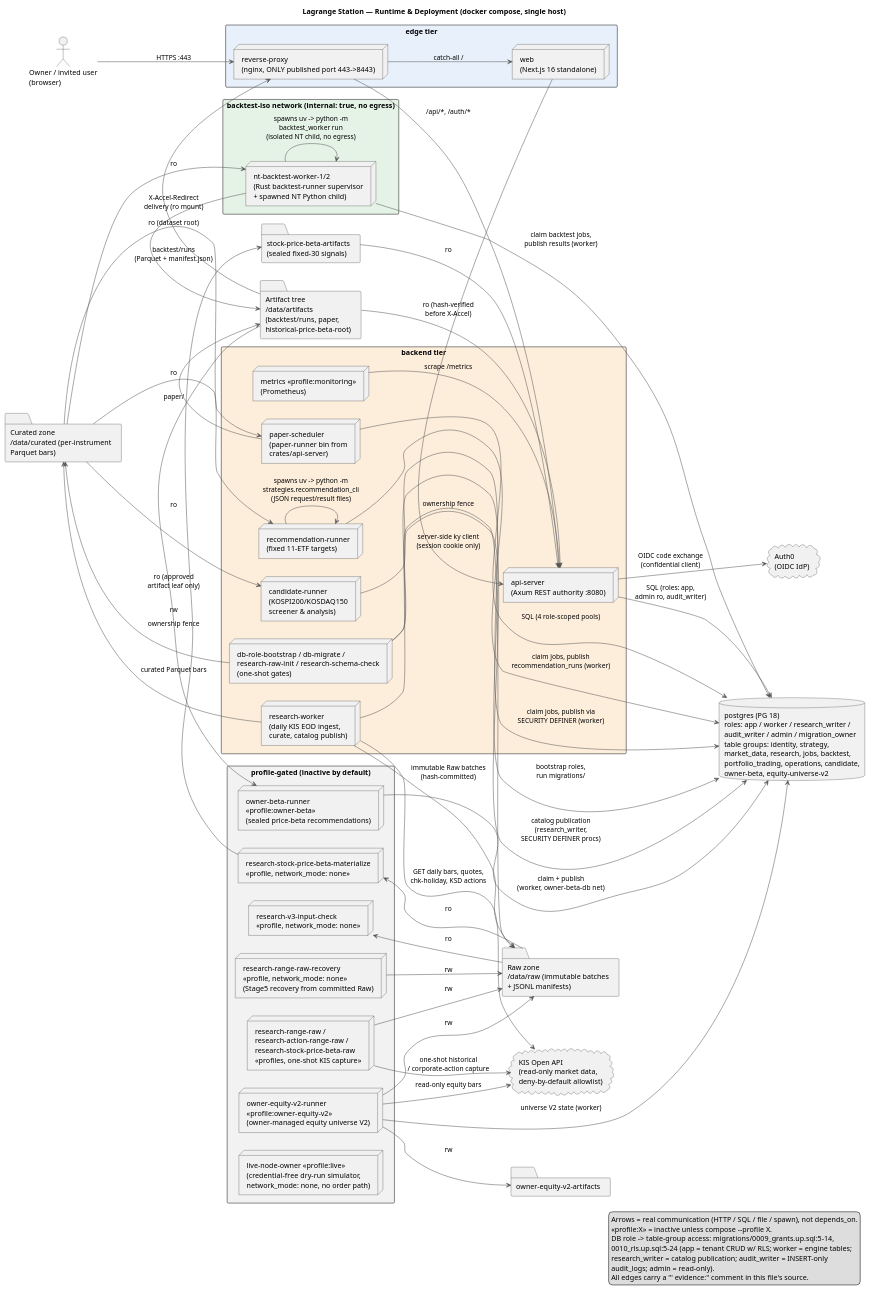
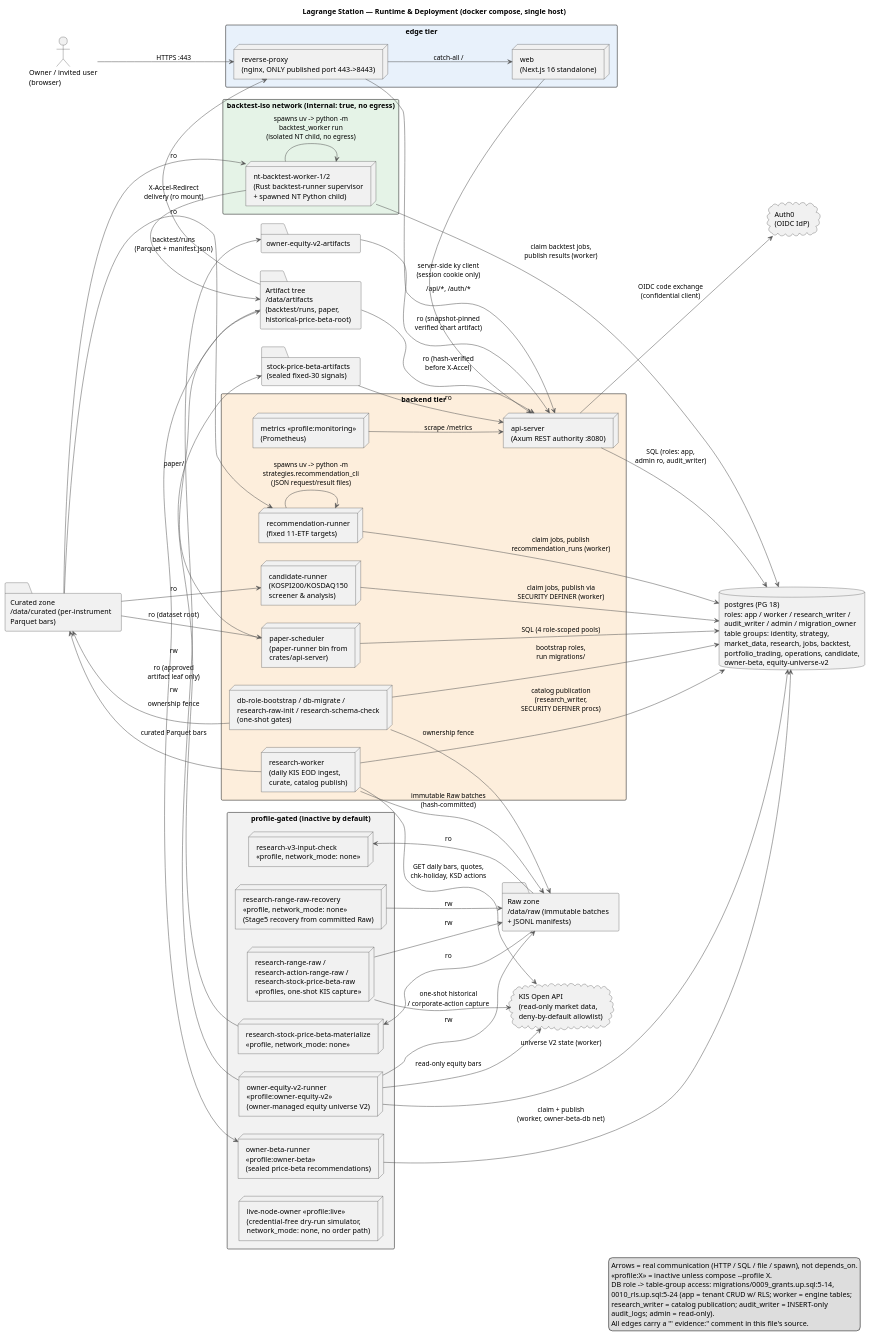
Before and after one commit to sihioov/Lagrange: the diagram in docs/diagrams/runtime_deployment.puml, drawn with PlantUML. The commit also changed 3 other files, not shown here.

Commit message:
docs: update stock beta chart architecture diagrams

```diff
--- a/docs/diagrams/runtime_deployment.puml
+++ b/docs/diagrams/runtime_deployment.puml
@@ -1,7 +1,7 @@
 @startuml runtime_deployment
 ' =====================================================================
 ' Lagrange Station — runtime / deployment view (single-host Compose)
-' Generated 2026-09-01 from deploy/compose/compose.yml, deploy/nginx/nginx.conf,
+' Generated 2026-09-04 from deploy/compose/compose.yml, deploy/nginx/nginx.conf,
 ' migrations/, and code spawn/publication sites.
 ' Arrows mean actual communication (HTTP / SQL / file I/O / process spawn),
 ' NOT compose depends_on (which is startup ordering only).
@@ -27,7 +27,7 @@
 
 ' Packages below are presentation tiers, not exact network membership:
 ' web and api-server are attached to BOTH the edge and backend networks
-' (compose.yml:121-123 web, compose.yml:257-259 api-server), which is how
+' (compose.yml:121-123 web, compose.yml:261-263 api-server), which is how
 ' nginx reaches api-server and web reaches api-server internally.
 package "edge tier" #E8F1FB {
   node "reverse-proxy\n(nginx, ONLY published port 443->8443)" as nginx
@@ -87,99 +87,102 @@
 api --> pg : SQL (roles: app,\nadmin ro, audit_writer)
 ' evidence: compose.yml:184-189 (AUTH0_* + callback), docs/decisions/0002-auth0-oidc-and-sessions.md; apps/api-server/auth/src/lib.rs:160 (router)
 api --> auth0 : OIDC code exchange\n(confidential client)
-' evidence: compose.yml:255 (ro mount); crates/api-server/src/http/artifacts.rs:137-148 (hash verification + X-Accel-Redirect issuance)
+' evidence: compose.yml:258 (ro mount); crates/api-server/src/http/artifacts.rs:137-148 (hash verification + X-Accel-Redirect issuance)
 artifacts --> api : ro (hash-verified\nbefore X-Accel)
-' evidence: compose.yml:207-208,256 (OWNER_BETA_EQUITY_SIGNALS_MODE + ro mount)
+' evidence: compose.yml:207-208,259 (OWNER_BETA_EQUITY_SIGNALS_MODE + ro mount)
 spba --> api : ro
-' evidence: compose.yml:1396-1398 (Prometheus scrapes api-server /metrics over backend)
+' evidence: compose.yml:213-215,260 (fixed chart API root + ro mount); crates/api-server/src/http/owner_equity_v2.rs:612-614,676-700,719-735 (snapshot-pinned read and verification)
+oeva --> api : ro (snapshot-pinned\nverified chart artifact)
+' evidence: compose.yml:1403-1422 (metrics service, config mount, backend network); deploy/compose/prometheus.yml:10-14 (api-server scrape target)
 prom --> api : scrape /metrics
 
 ' ---------------- one-shot gates ----------------
 
-' evidence: compose.yml:280-348 (role bootstrap), 357-392 (sqlx migrate as migration_owner, MIGRATIONS_DIR=/opt/lagrange/migrations)
+' evidence: compose.yml:284-352 (role bootstrap), 361-396 (sqlx migrate as migration_owner, MIGRATIONS_DIR=/opt/lagrange/migrations)
 oneshots --> pg : bootstrap roles,\nrun migrations/
-' evidence: compose.yml:441-472 (research-raw-init chown/chmod raw+curated ownership fence)
+' evidence: compose.yml:445-476 (research-raw-init chown/chmod raw+curated ownership fence)
 oneshots --> raw : ownership fence
+' evidence: compose.yml:445-476 (research-raw-init chown/chmod raw+curated ownership fence)
 oneshots --> curated : ownership fence
 
 ' ---------------- research ingestion ----------------
 
-' evidence: compose.yml:573-574 (KIS_APP_KEY_FILE/SECRET_FILE secrets); crates/market-data/src/providers/kis.rs:59-63 (DAILY_BARS_PATH, CALENDAR_PATH request paths); AGENTS.md KIS read-only allowlist
+' evidence: compose.yml:577-578 (KIS_APP_KEY_FILE/SECRET_FILE secrets); crates/market-data/src/providers/kis.rs:59-63 (DAILY_BARS_PATH, CALENDAR_PATH request paths); AGENTS.md KIS read-only allowlist
 research --> kis : GET daily bars, quotes,\nchk-holiday, KSD actions
-' evidence: compose.yml:592 (raw rw mount); data-pipelines/collectors/src/worker.rs:960 (RawStore::new)
+' evidence: compose.yml:596 (raw rw mount); data-pipelines/collectors/src/worker.rs:960 (RawStore::new)
 research --> raw : immutable Raw batches\n(hash-committed)
-' evidence: compose.yml:593 (curated mount); data-pipelines/collectors/src/worker.rs:2635 (CurateStore::new)
+' evidence: compose.yml:597 (curated mount); data-pipelines/collectors/src/worker.rs:2635 (CurateStore::new)
 research --> curated : curated Parquet bars
-' evidence: compose.yml:568-572 (DB_USER research_writer); data-pipelines/collectors/src/sink.rs:489,539,702 (INSERT data_batches, trading_calendar_versions, trading_calendars); candidate_sink.rs:389 (SECURITY DEFINER begin_candidate_raw_batch)
+' evidence: compose.yml:572-576 (DB_USER research_writer); data-pipelines/collectors/src/sink.rs:489,539,702 (INSERT data_batches, trading_calendar_versions, trading_calendars); candidate_sink.rs:389 (SECURITY DEFINER begin_candidate_raw_batch)
 research --> pg : catalog publication\n(research_writer,\nSECURITY DEFINER procs)
 
 ' ---------------- recommendation pipeline ----------------
 
-' evidence: compose.yml:879-883 (DB_USER worker); crates/job-queue/src/recommendation/runner.rs:217 (claim_next_for "recommendation"), 914,939 (recommendation_runs)
+' evidence: compose.yml:883-887 (DB_USER worker); crates/job-queue/src/recommendation/runner.rs:217 (claim_next_for "recommendation"), 914,939 (recommendation_runs)
 reco --> pg : claim jobs, publish\nrecommendation_runs (worker)
-' evidence: compose.yml:921-922 (curated ro + universe manifest ro mounts)
+' evidence: compose.yml:925-926 (curated ro + universe manifest ro mounts)
 curated --> reco : ro
-' evidence: compose.yml:898-899 (--uv-bin); crates/job-queue/src/recommendation/child.rs:509-574 (spawn python -m strategies.recommendation_cli); nt/strategies/recommendation_cli.py:394-419
+' evidence: compose.yml:902-903 (--uv-bin); crates/job-queue/src/recommendation/child.rs:509-574 (spawn python -m strategies.recommendation_cli); nt/strategies/recommendation_cli.py:394-419
 reco --> reco : spawns uv -> python -m\nstrategies.recommendation_cli\n(JSON request/result files)
 
 ' ---------------- candidate pipeline ----------------
 
-' evidence: compose.yml:960-966 (DB_USER worker); crates/job-queue/src/candidate/runner.rs:119 (claim "candidate_compute"), 507 (SELECT public.publish_candidate_analysis)
+' evidence: compose.yml:964-970 (DB_USER worker); crates/job-queue/src/candidate/runner.rs:119 (claim "candidate_compute"), 507 (SELECT public.publish_candidate_analysis)
 cand --> pg : claim jobs, publish via\nSECURITY DEFINER (worker)
-' evidence: compose.yml:983 (curated ro mount); crates/job-queue/src/candidate/runner.rs:7-14 (in-process factor_engine over CurateStore)
+' evidence: compose.yml:987 (curated ro mount); crates/job-queue/src/candidate/runner.rs:7-14 (in-process factor_engine over CurateStore)
 curated --> cand : ro
 
 ' ---------------- backtest pipeline ----------------
 
-' evidence: compose.yml:1193-1197,1224-1225 (worker role, backtest-iso; postgres also on backtest-iso per compose.yml:421-423); crates/job-queue/src/runner.rs:733 (claim "backtest")
+' evidence: compose.yml:1197-1201,1228-1229 (worker role, backtest-iso; postgres also on backtest-iso per compose.yml:425-427); crates/job-queue/src/runner.rs:733 (claim "backtest")
 btw --> pg : claim backtest jobs,\npublish results (worker)
-' evidence: compose.yml:1221-1222 (curated:ro, nautilus_catalog:ro mounts; DATA_CATALOG_DIR compose.yml:1202)
+' evidence: compose.yml:1225-1226 (curated:ro, nautilus_catalog:ro mounts; DATA_CATALOG_DIR compose.yml:1206)
 curated --> btw : ro
-' evidence: compose.yml:1223 (artifacts/backtest/runs rw); nt/backtest-worker/backtest_worker/worker.py:223-238 (Parquet artifacts + result.json + manifest.json), publish.py:1-9 (Rust publisher consumes manifest)
+' evidence: compose.yml:1227 (artifacts/backtest/runs rw); nt/backtest-worker/backtest_worker/worker.py:223-238 (Parquet artifacts + result.json + manifest.json), publish.py:1-9 (Rust publisher consumes manifest)
 btw --> artifacts : backtest/runs\n(Parquet + manifest.json)
-' evidence: compose.yml:1201 (LAGRANGE_UV_BIN); crates/job-queue/src/runner.rs:3465-3527 (spawn python -m backtest_worker run); NT catalog rebuilt per run from curated: nt/backtest-worker/backtest_worker/simulate.py:150-152
+' evidence: compose.yml:1205 (LAGRANGE_UV_BIN); crates/job-queue/src/runner.rs:3465-3527 (spawn python -m backtest_worker run); NT catalog rebuilt per run from curated: nt/backtest-worker/backtest_worker/simulate.py:150-152
 btw --> btw : spawns uv -> python -m\nbacktest_worker run\n(isolated NT child, no egress)
 
 ' ---------------- paper ----------------
 
-' evidence: compose.yml:1332-1339 (app/worker/admin/audit_writer role pools); deploy/runtime/Dockerfile.paper-runner:26 (cargo build -p api-server --bin paper-runner)
+' evidence: compose.yml:1336-1343 (app/worker/admin/audit_writer role pools); deploy/runtime/Dockerfile.paper-runner:26 (cargo build -p api-server --bin paper-runner)
 paper --> pg : SQL (4 role-scoped pools)
-' evidence: compose.yml:1370 (/data ro mount)
+' evidence: compose.yml:1374 (/data ro mount)
 curated --> paper : ro (dataset root)
-' evidence: compose.yml:1371 (artifacts/paper rw mount)
+' evidence: compose.yml:1375 (artifacts/paper rw mount)
 paper --> artifacts : paper/
 
 ' ---------------- profile-gated ----------------
 
-' evidence: compose.yml:1050-1051 (owner-beta-db network), 1029-1033 (worker role); crates/job-queue/src/owner_beta/runner.rs:171 (claim "owner_beta_price_recommendation")
+' evidence: compose.yml:1054-1055 (owner-beta-db network), 1033-1037 (worker role); crates/job-queue/src/owner_beta/runner.rs:171 (claim "owner_beta_price_recommendation")
 obr --> pg : claim + publish\n(worker, owner-beta-db net)
-' evidence: compose.yml:1049 (historical-price-beta-root ro mount)
+' evidence: compose.yml:1053 (historical-price-beta-root ro mount)
 artifacts --> obr : ro (approved\nartifact leaf only)
 
-' evidence: compose.yml:1123-1124,1146-1147 (KIS secrets, owner-equity-v2-egress net); crates/job-queue/src/bin/owner-equity-v2-runner.rs:17-24 (in-process kis_client LiveTransport)
+' evidence: compose.yml:1127-1128,1150-1151 (KIS secrets, owner-equity-v2-egress net); crates/job-queue/src/bin/owner-equity-v2-runner.rs:17-24 (in-process kis_client LiveTransport)
 oev2 --> kis : read-only equity bars
-' evidence: compose.yml:1098-1102 (worker role); crates/job-queue/src/owner_equity_v2.rs:674,1084 (owner_equity_memberships, owner_equity_signal_snapshots)
+' evidence: compose.yml:1102-1106 (worker role); crates/job-queue/src/owner_equity_v2.rs:674,1084 (owner_equity_memberships, owner_equity_signal_snapshots)
 oev2 --> pg : universe V2 state (worker)
-' evidence: compose.yml:1144 (raw rw mount); data-pipelines/collectors/src/owner_equity_v2.rs:45,144 (capture + materialize from raw)
+' evidence: compose.yml:1148 (raw rw mount); data-pipelines/collectors/src/owner_equity_v2.rs:45,144 (capture + materialize from raw)
 oev2 --> raw : rw
-' evidence: compose.yml:1145 (owner-equity-v2-artifacts rw mount)
+' evidence: compose.yml:1149 (owner-equity-v2-artifacts rw mount)
 oev2 --> oeva : rw
 
-' evidence: compose.yml:646-647,693-694,743-744 (KIS secrets), 661-662,708-709,759-760 (range-raw-egress net)
+' evidence: compose.yml:650-651,697-698,747-748 (KIS secrets), 665-666,712-713,763-764 (range-raw-egress net)
 rangejobs --> kis : one-shot historical\n/ corporate-action capture
-' evidence: compose.yml:660,707,757 (raw rw mounts)
+' evidence: compose.yml:664,711,761 (raw rw mounts)
 rangejobs --> raw : rw
-' evidence: compose.yml:779 (raw:ro mount), 773 (network_mode: none)
+' evidence: compose.yml:783 (raw:ro mount), 777 (network_mode: none)
 raw --> materialize : ro
-' evidence: compose.yml:780 (stock-price-beta-artifacts rw mount)
+' evidence: compose.yml:784 (stock-price-beta-artifacts rw mount)
 materialize --> spba : rw
-' evidence: compose.yml:816-817 (raw:ro mount), 807 (network_mode: none)
+' evidence: compose.yml:820-821 (raw:ro mount), 811 (network_mode: none)
 raw --> v3check : ro
-' evidence: compose.yml:852-853 (raw mounted rw), 843 (network_mode: none); worker --existing-source-batch-id path reads committed Raw evidence (compose.yml:819-825 comment)
+' evidence: compose.yml:856-857 (raw mounted rw), 847 (network_mode: none); worker --existing-source-batch-id path reads committed Raw evidence (compose.yml:823-829 comment)
 recovery --> raw : rw
 
 ' live-node-owner: NO edges by design — network_mode: none, no secrets, no DB.
-' evidence: compose.yml:1439-1466; nt/live-node/live_node/runtime.py:185-190 (execution_enabled always rejected)
+' evidence: compose.yml:1443-1470; nt/live-node/live_node/runtime.py:185-190 (execution_enabled always rejected)
 
 legend right
   Arrows = real communication (HTTP / SQL / file / spawn), not depends_on.
```
